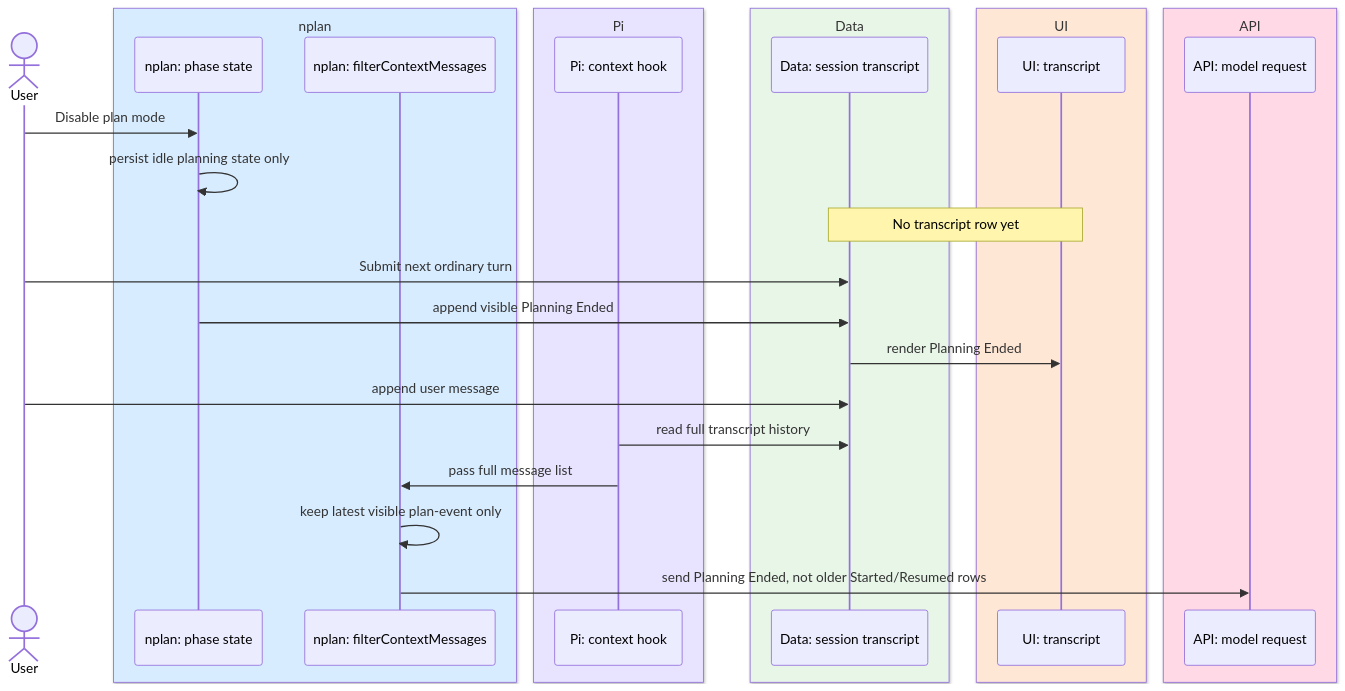
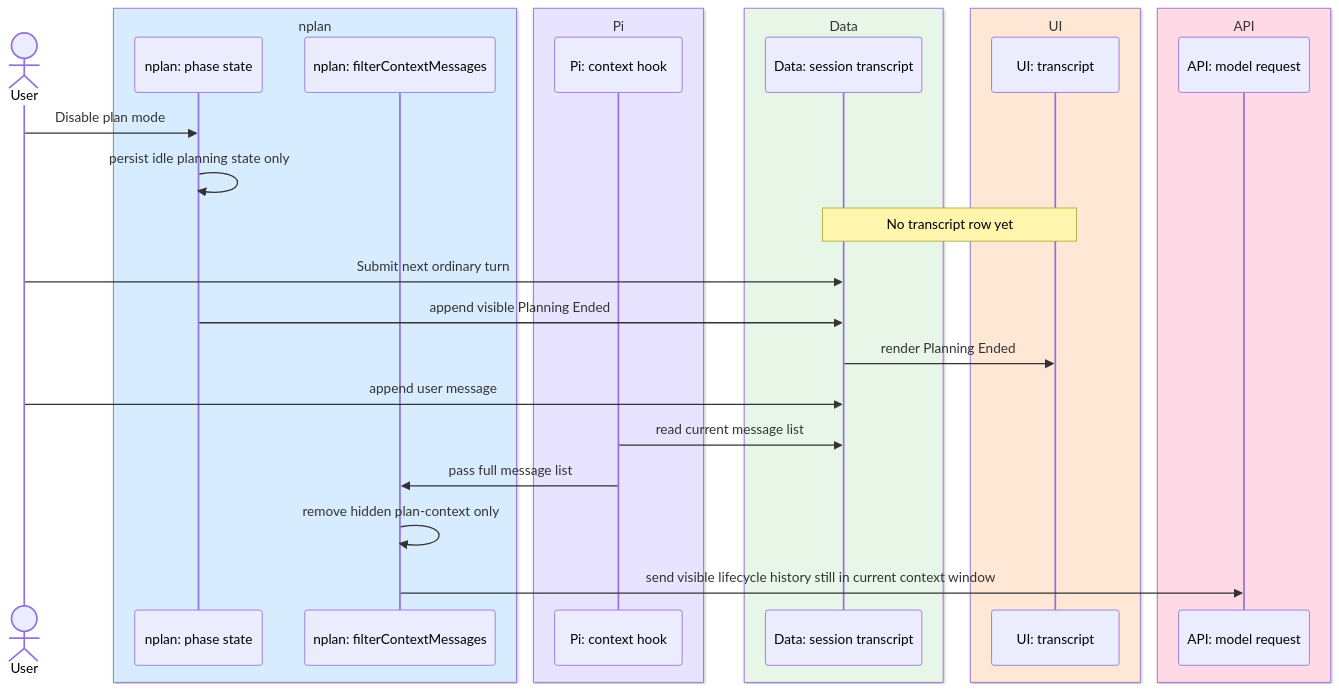
The fourth of 5 diagrams in docs/planning-message-lifecycle.md (pyronaur/nplan), drawn with Mermaid before and after one commit. The commit also changed other lines of this file and 8 other files, not shown here.

First line of the commit message:
Resent planning prompt after compaction window

````diff
--- a/docs/planning-message-lifecycle.md
+++ b/docs/planning-message-lifecycle.md
@@ -133,32 +134,32 @@
 ```mermaid
 sequenceDiagram
     actor U as User
     box rgb(216,236,255) nplan
         participant N as nplan: phase state
         participant F as nplan: filterContextMessages
     end
     box rgb(232,227,255) Pi
         participant C as Pi: context hook
     end
     box rgb(232,246,232) Data
         participant S as Data: session transcript
     end
     box rgb(255,231,214) UI
         participant UI as UI: transcript
     end
     box rgb(255,217,230) API
         participant M as API: model request
     end
 
     U->>N: Disable plan mode
     N->>N: persist idle planning state only
     Note over S,UI: No transcript row yet
     U->>S: Submit next ordinary turn
     N->>S: append visible Planning Ended
     S->>UI: render Planning Ended
     U->>S: append user message
-    C->>S: read full transcript history
+    C->>S: read current message list
     C->>F: pass full message list
-    F->>F: keep latest visible plan-event only
-    F->>M: send Planning Ended, not older Started/Resumed rows
+    F->>F: remove hidden plan-context only
+    F->>M: send visible lifecycle history still in current context window
 ```
````
